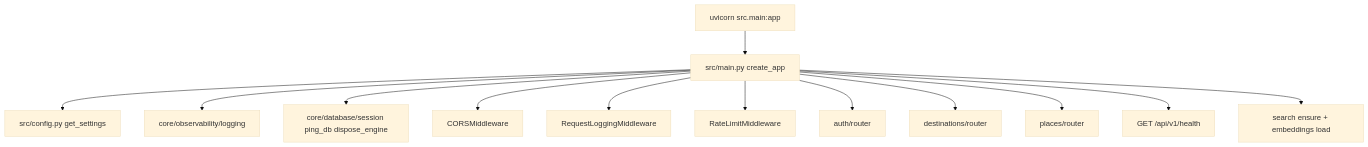
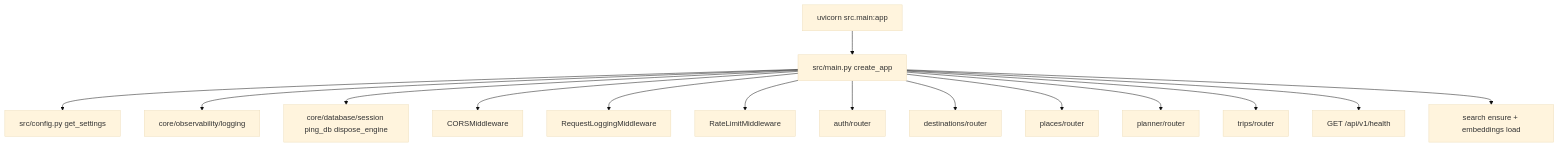
One commit to RudraPramanik/agentic-guide-system changed the first of 11 diagrams in docs/manual/04-imports-and-wiring.md. Above: the diagram before and after it, drawn with Mermaid (base theme). The commit also changed other lines of this file and 14 other files, not shown here.

````diff
--- a/docs/manual/04-imports-and-wiring.md
+++ b/docs/manual/04-imports-and-wiring.md
@@ -11,15 +11,17 @@
 ```mermaid
 flowchart TD
   U[uvicorn src.main:app] --> M[src/main.py create_app]
   M --> CFG[src/config.py get_settings]
   M --> LOG[core/observability/logging]
   M --> DB[core/database/session ping_db dispose_engine]
   M --> MW0[CORSMiddleware]
   M --> MW1[RequestLoggingMiddleware]
   M --> MW2[RateLimitMiddleware]
   M --> AR[auth/router]
   M --> DR[destinations/router]
   M --> PR[places/router]
+  M --> PLR[planner/router]
+  M --> TR[trips/router]
   M --> H["GET /api/v1/health"]
   M --> QD[search ensure + embeddings load]
 ```
````
